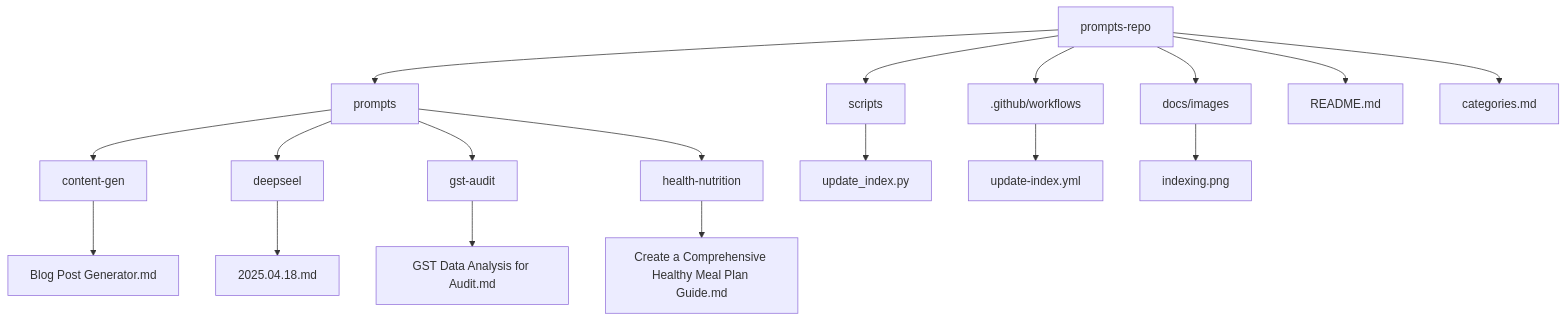
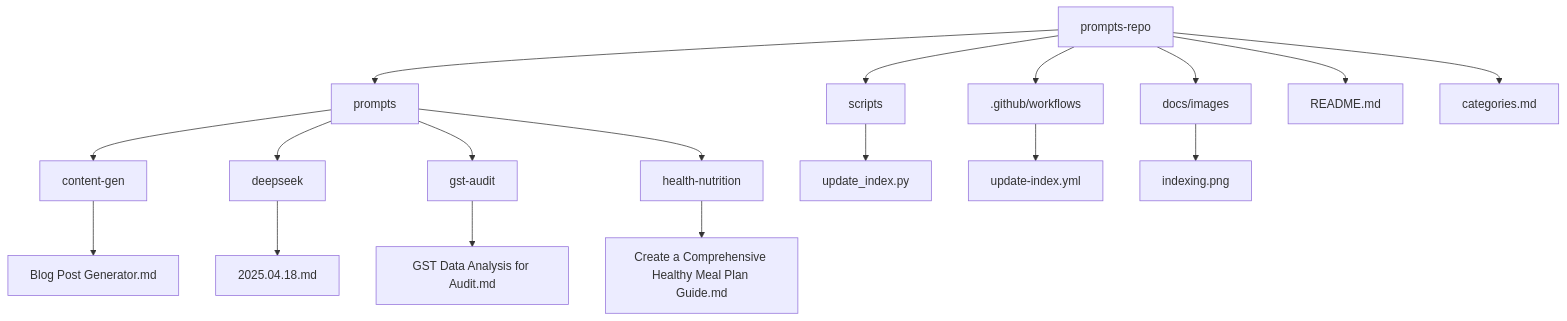
One commit to phuchungbhutia/prompts-repo changed the diagram in README.md. Above: the diagram before and after it, drawn with Mermaid. The commit also changed other lines of this file and 1 other file, not shown here.

````diff
--- a/README.md
+++ b/README.md
@@ -13,20 +13,20 @@
 ```mermaid
 graph TD
     A[prompts-repo] --> B[prompts]
     A --> C[scripts]
     A --> D[.github/workflows]
     A --> E[docs/images]
     B --> CAT1[content-gen]
-    B --> CAT2[deepseel]
+    B --> CAT2[deepseek]
     B --> CAT3[gst-audit]
     B --> CAT4[health-nutrition]
     CAT1[content-gen] --> F11[Blog Post Generator.md]
-    CAT2[deepseel] --> F21[2025.04.18.md]
+    CAT2[deepseek] --> F21[2025.04.18.md]
     CAT3[gst-audit] --> F31[GST Data Analysis for Audit.md]
     CAT4[health-nutrition] --> F41[Create a Comprehensive Healthy Meal Plan Guide.md]
     C --> S[update_index.py]
     D --> W[update-index.yml]
     E --> I[indexing.png]
     A --> R[README.md]
     A --> T[categories.md]
 ```
````
